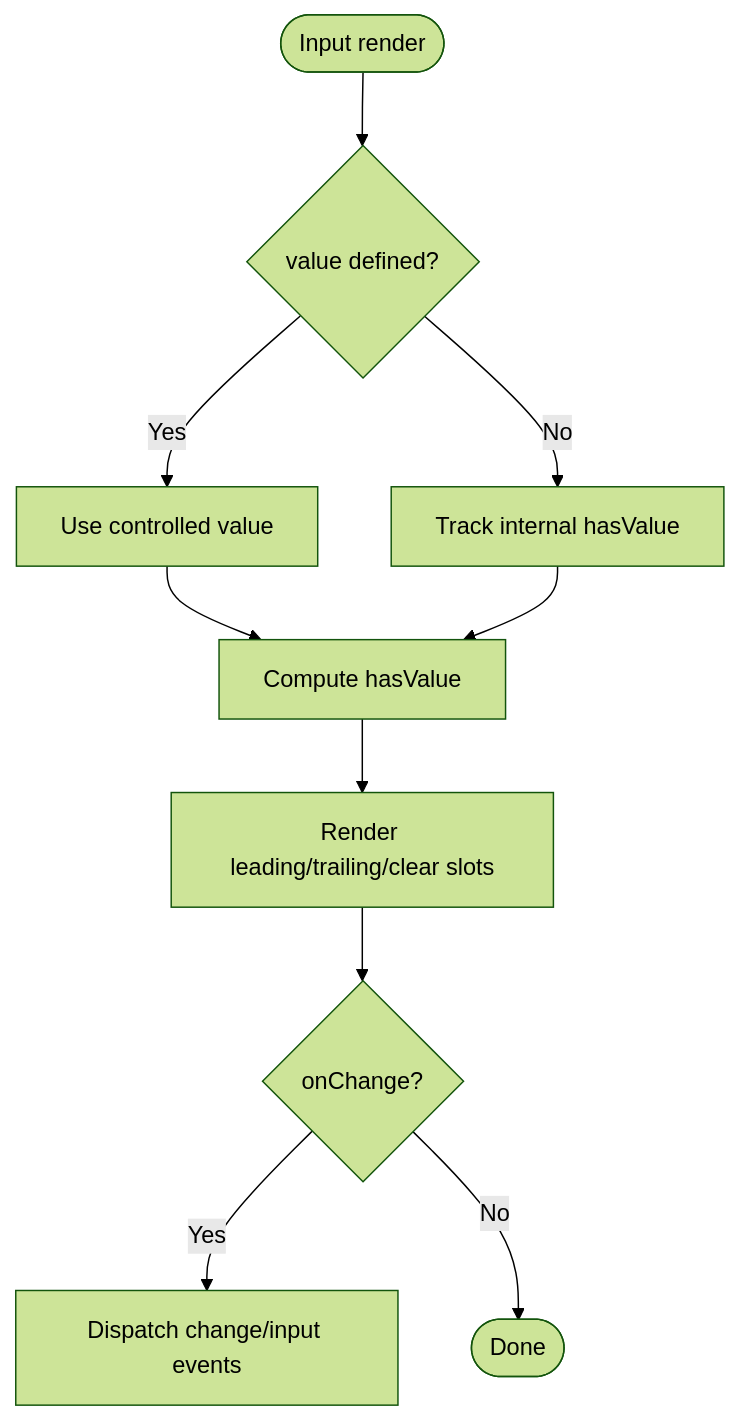
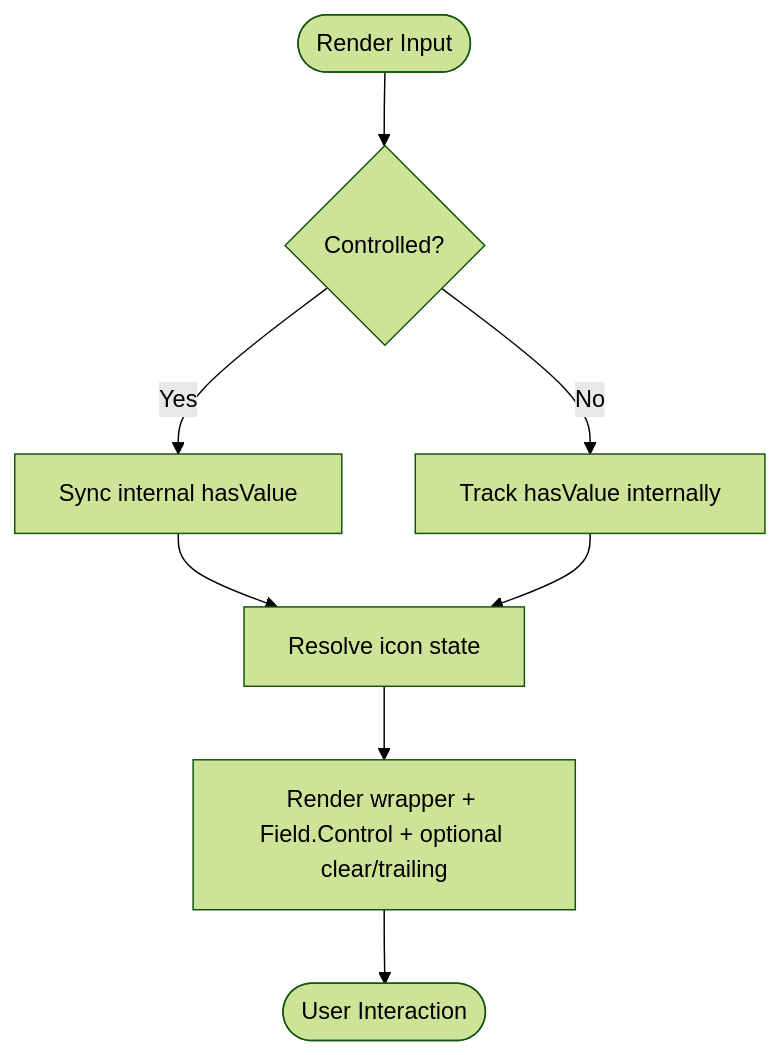
One commit to Meaetin/alibaba-hackathon changed the fourth of 9 diagrams in .qoder/repowiki/en/content/Component Library/Component Library.md. Above: the diagram before and after it, drawn with Mermaid (forest theme). The commit also changed other lines of this file and 241 other files, not shown here.

````diff
--- a/.qoder/repowiki/en/content/Component Library/Component Library.md
+++ b/.qoder/repowiki/en/content/Component Library/Component Library.md
@@ -209,12 +206,10 @@
 ```mermaid
 flowchart TD
-Start(["Input render"]) --> CheckControlled{"value defined?"}
-CheckControlled --> |Yes| UseValue["Use controlled value"]
-CheckControlled --> |No| InternalState["Track internal hasValue"]
-UseValue --> ComputeHasValue["Compute hasValue"]
-InternalState --> ComputeHasValue
-ComputeHasValue --> RenderSlots["Render leading/trailing/clear slots"]
-RenderSlots --> HandleChange{"onChange?"}
-HandleChange --> |Yes| Dispatch["Dispatch change/input events"]
-HandleChange --> |No| End(["Done"])
+Start(["Render Input"]) --> CheckControlled{"Controlled?"}
+CheckControlled --> |Yes| SyncValue["Sync internal hasValue"]
+CheckControlled --> |No| InternalState["Track hasValue internally"]
+SyncValue --> ResolveIcons["Resolve icon state"]
+InternalState --> ResolveIcons
+ResolveIcons --> Render["Render wrapper + Field.Control + optional clear/trailing"]
+Render --> End(["User Interaction"])
 ```
````
